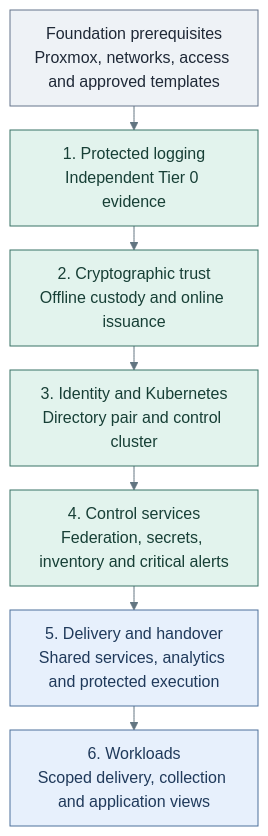
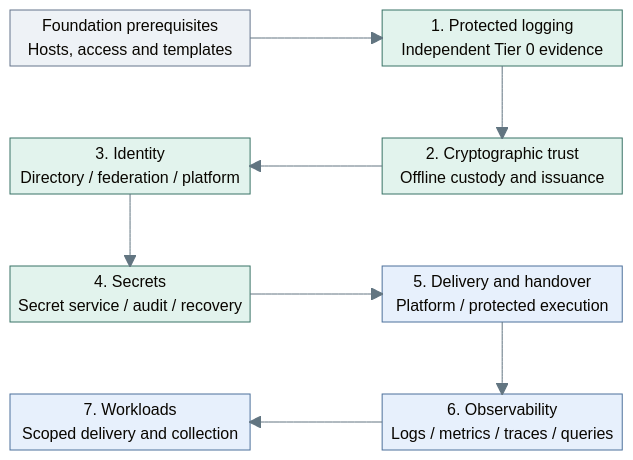
Before and after one commit to Rexus/homelab: the diagram in docs/deployment/README.md, drawn with Mermaid. The commit also changed other lines of this file and 89 other files, not shown here.

Commit message:
docs(deployment): align capability stages and diagrams

````diff
--- a/docs/deployment/README.md
+++ b/docs/deployment/README.md
@@ -27,18 +28,34 @@
 ```mermaid
-%%{init: {"theme":"base","flowchart":{"nodeSpacing":20,"rankSpacing":24,"padding":12,"subGraphTitleMargin":{"top":4,"bottom":12}},"themeVariables":{"lineColor":"#627581","edgeLabelBackground":"#f8fafc"}}}%%
-flowchart TB
-  Base["Foundation prerequisites<br/>Proxmox, networks, access and approved templates"]
-  Base --> Logs["1. Protected logging<br/>Independent Tier 0 evidence"]
-  Logs --> Trust["2. Cryptographic trust<br/>Offline custody and online issuance"]
-  Trust --> Runtime["3. Identity and Kubernetes<br/>Directory pair and control cluster"]
-  Runtime --> Control["4. Control services<br/>Federation, secrets, inventory and critical alerts"]
-  Control --> Delivery["5. Delivery and handover<br/>Shared services, analytics and protected execution"]
-  Delivery --> Workloads["6. Workloads<br/>Scoped delivery, collection and application views"]
+%%{init: {"theme":"base","themeVariables":{"lineColor":"#627581","edgeLabelBackground":"#f8fafc"}}}%%
+block-beta
+  columns 5
+  Base["Foundation prerequisites<br/>Hosts, access and templates"]:2
+  space
+  Logs["1. Protected logging<br/>Independent Tier 0 evidence"]:2
+  space:5
+  Runtime["3. Identity<br/>Directory / federation / platform"]:2
+  space
+  Trust["2. Cryptographic trust<br/>Offline custody and issuance"]:2
+  space:5
+  Control["4. Secrets<br/>Secret service / audit / recovery"]:2
+  space
+  Delivery["5. Delivery and handover<br/>Platform / protected execution"]:2
+  space:5
+  Workloads["7. Workloads<br/>Scoped delivery and collection"]:2
+  space
+  Visibility["6. Observability<br/>Logs / metrics / traces / queries"]:2
+  Base --> Logs
+  Logs --> Trust
+  Trust --> Runtime
+  Runtime --> Control
+  Control --> Delivery
+  Delivery --> Visibility
+  Visibility --> Workloads
   classDef default fill:#f8fafc,stroke:#64748b,color:#1f2937
   classDef boundary fill:#eef2f6,stroke:#64748b,color:#1f2937
   classDef control fill:#e2f3ed,stroke:#397366,color:#173f36
   classDef services fill:#e7f0fc,stroke:#4d719b,color:#203a5b
   class Base boundary
   class Logs,Trust,Runtime,Control control
-  class Delivery,Workloads services
+  class Delivery,Visibility,Workloads services
 ```
````
